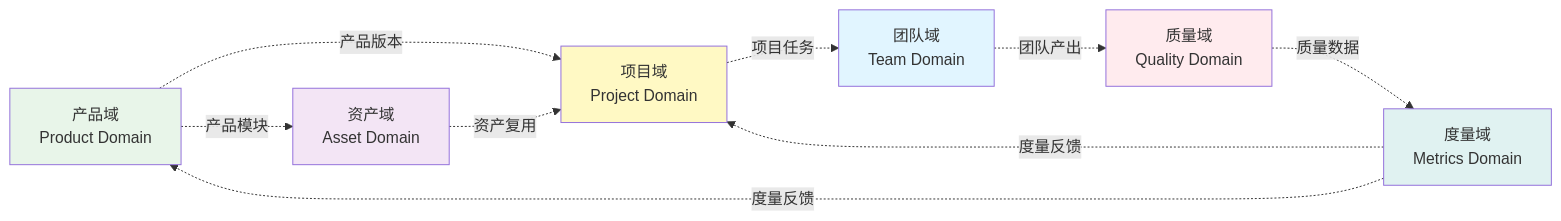
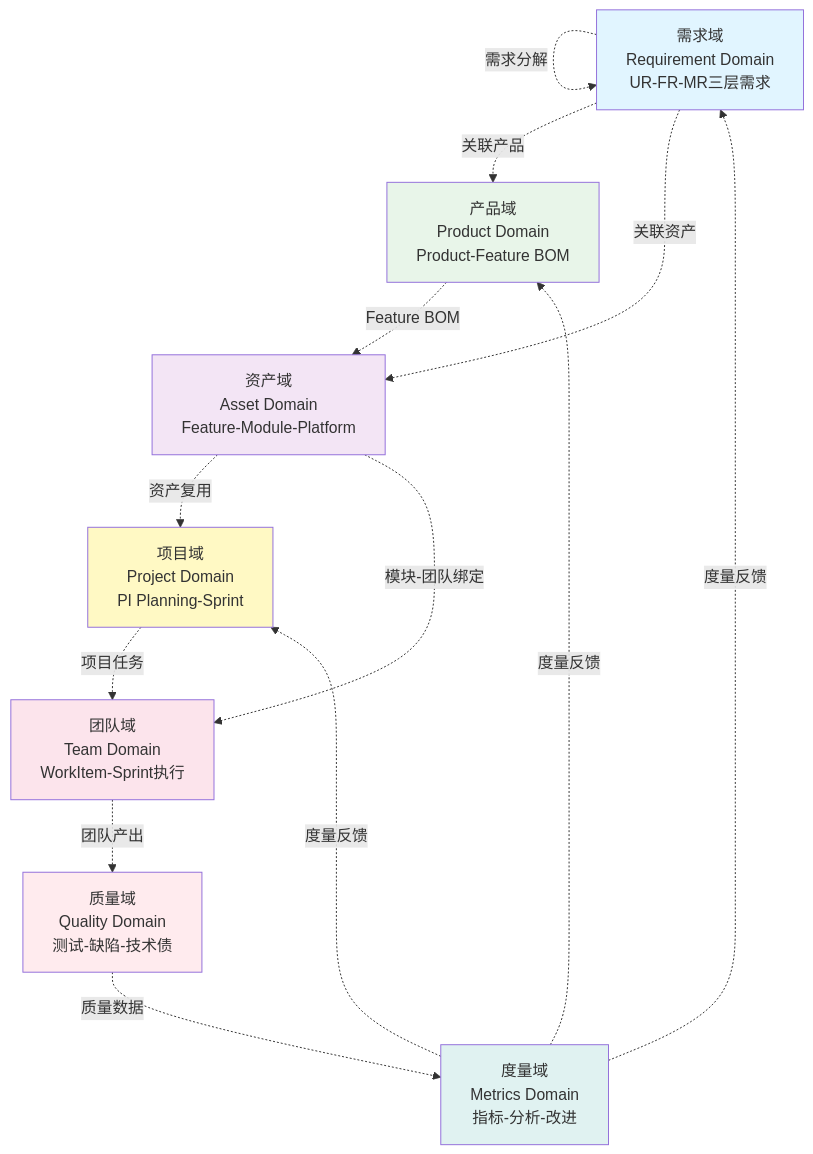
One commit to zjx-immersion/domain-model-design changed the third of 10 diagrams in Architecture/v3/01-business/BUSINESS_ARCHITECTURE.md. Above: the diagram before and after it, drawn with Mermaid. The commit also changed other lines of this file and 1 other file, not shown here.

First line of the commit message:
feat: 系统性融合三层需求和三层资产到Architecture v3核心文档 ✅

````diff
--- a/Architecture/v3/01-business/BUSINESS_ARCHITECTURE.md
+++ b/Architecture/v3/01-business/BUSINESS_ARCHITECTURE.md
@@ -130,25 +130,31 @@
 ```mermaid
-graph LR
-    D1[产品域<br/>Product Domain]
-    D2[项目域<br/>Project Domain]
-    D3[资产域<br/>Asset Domain]
-    D4[团队域<br/>Team Domain]
-    D5[质量域<br/>Quality Domain]
-    D6[度量域<br/>Metrics Domain]
+graph TB
+    D0[需求域<br/>Requirement Domain<br/>UR-FR-MR三层需求]
+    D1[产品域<br/>Product Domain<br/>Product-Feature BOM]
+    D2[资产域<br/>Asset Domain<br/>Feature-Module-Platform]
+    D3[项目域<br/>Project Domain<br/>PI Planning-Sprint]
+    D4[团队域<br/>Team Domain<br/>WorkItem-Sprint执行]
+    D5[质量域<br/>Quality Domain<br/>测试-缺陷-技术债]
+    D6[度量域<br/>Metrics Domain<br/>指标-分析-改进]
     
-    D1 -.产品版本.-> D2
-    D1 -.产品模块.-> D3
-    D2 -.项目任务.-> D4
-    D3 -.资产复用.-> D2
+    D0 -.需求分解.-> D0
+    D0 -.关联产品.-> D1
+    D0 -.关联资产.-> D2
+    D1 -.Feature BOM.-> D2
+    D2 -.资产复用.-> D3
+    D3 -.项目任务.-> D4
+    D2 -.模块-团队绑定.-> D4
     D4 -.团队产出.-> D5
     D5 -.质量数据.-> D6
+    D6 -.度量反馈.-> D0
     D6 -.度量反馈.-> D1
-    D6 -.度量反馈.-> D2
+    D6 -.度量反馈.-> D3
     
+    style D0 fill:#e1f5ff
     style D1 fill:#e8f5e9
-    style D2 fill:#fff9c4
-    style D3 fill:#f3e5f5
-    style D4 fill:#e1f5ff
+    style D2 fill:#f3e5f5
+    style D3 fill:#fff9c4
+    style D4 fill:#fce4ec
     style D5 fill:#ffebee
     style D6 fill:#e0f2f1
 ```
````
